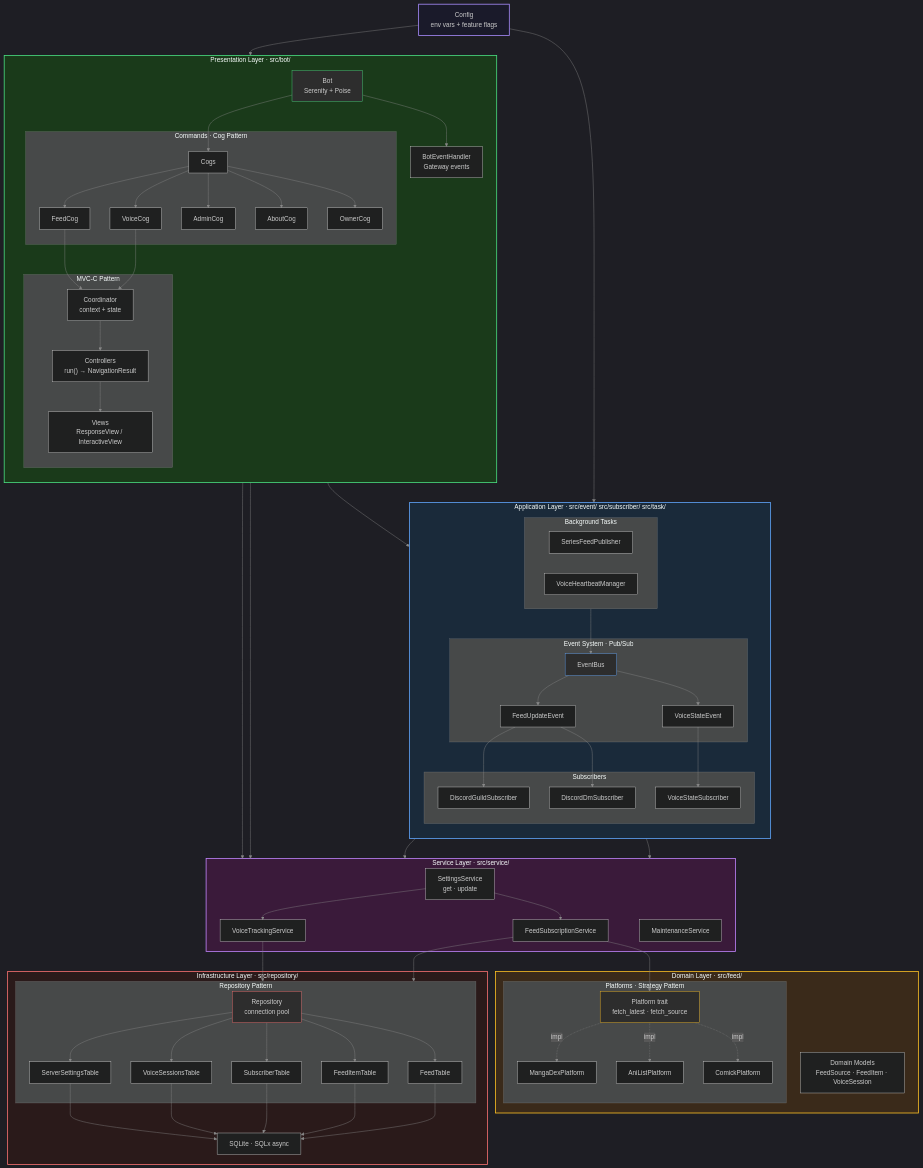
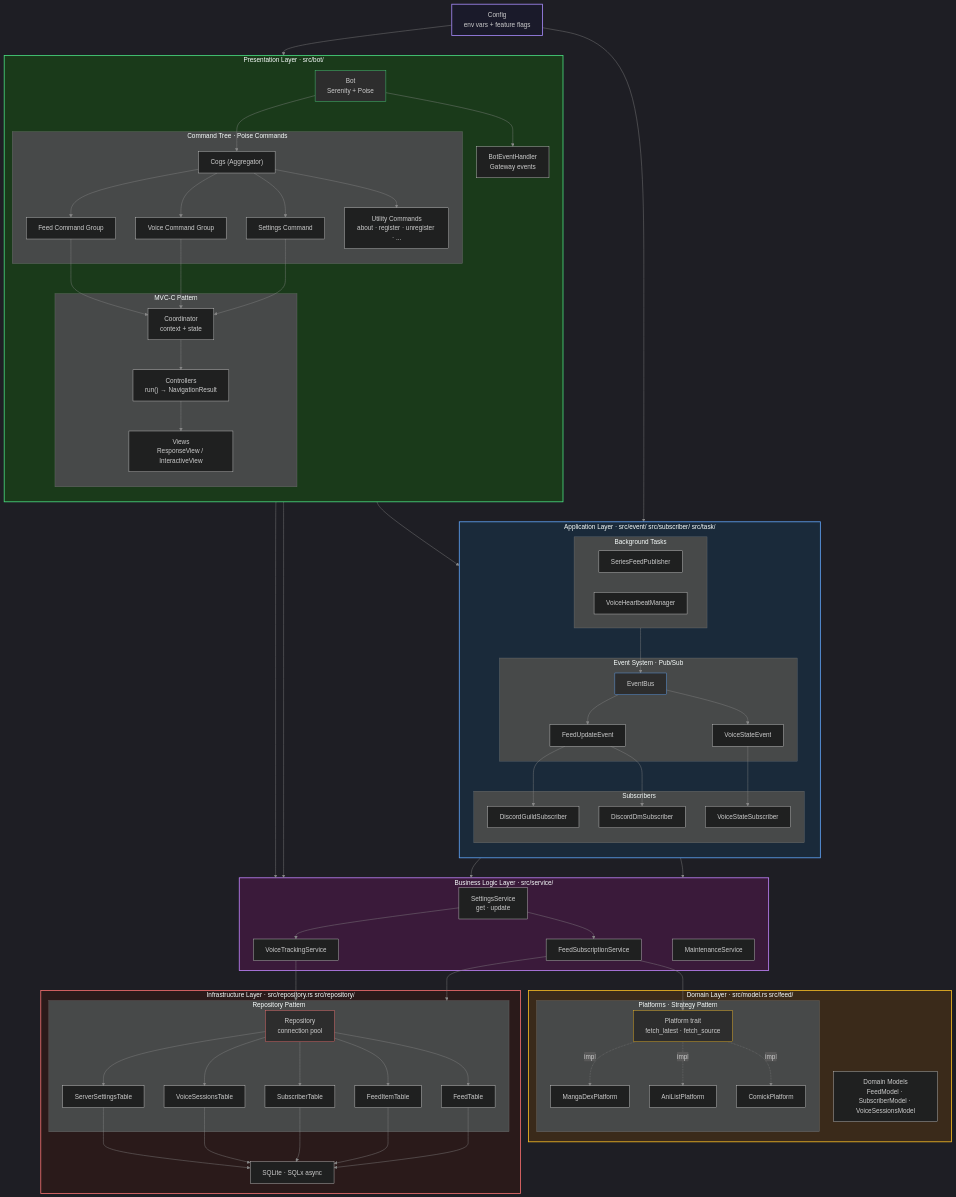
Before and after one commit to FAZuH/pwr-bot: the diagram in docs/diagrams/architecture-layers.mmd, drawn with Mermaid. The commit also changed 8 other files, not shown here.

```diff
--- a/docs/diagrams/architecture-layers.mmd
+++ b/docs/diagrams/architecture-layers.mmd
@@ -1,119 +1,118 @@
 %%{init: {
   'theme': 'dark',
   'themeVariables': {
     'primaryColor': '#1e1e1e',
     'primaryTextColor': '#ffffff',
     'primaryBorderColor': '#ffffff',
     'lineColor': '#888888',
     'secondaryColor': '#2d2d2d',
     'tertiaryColor': '#1e1e1e'
   }
 }}%%
 graph TB
     subgraph Presentation["Presentation Layer  ·  src/bot/"]
         direction TB
         Bot["Bot<br/>Serenity + Poise"]
         EventHandler["BotEventHandler<br/>Gateway events"]
 
-        subgraph Commands["Commands  ·  Cog Pattern"]
-            Cogs["Cogs"]
-            FeedCog["FeedCog"]
-            VoiceCog["VoiceCog"]
-            AdminCog["AdminCog"]
-            AboutCog["AboutCog"]
-            OwnerCog["OwnerCog"]
-            Cogs --> FeedCog & VoiceCog & AdminCog & AboutCog & OwnerCog
+        subgraph Commands["Command Tree  ·  Poise Commands"]
+            Cogs["Cogs (Aggregator)"]
+            FeedCmd["Feed Command Group"]
+            VoiceCmd["Voice Command Group"]
+            SettingsCmd["Settings Command"]
+            UtilityCmds["Utility Commands<br/>about · register · unregister · ..."]
+            Cogs --> FeedCmd & VoiceCmd & SettingsCmd & UtilityCmds
         end
 
         subgraph MVC["MVC-C Pattern"]
             Coordinator["Coordinator<br/>context + state"]
             Controllers["Controllers<br/>run() → NavigationResult"]
             Views["Views<br/>ResponseView / InteractiveView"]
             Coordinator --> Controllers --> Views
         end
 
         Bot --> EventHandler & Cogs
-        FeedCog & VoiceCog --> Coordinator
+        FeedCmd & VoiceCmd & SettingsCmd --> Coordinator
     end
 
     subgraph Application["Application Layer  ·  src/event/  src/subscriber/  src/task/"]
         direction TB
 
         subgraph EventSystem["Event System  ·  Pub/Sub"]
             EventBus["EventBus"]
             FeedEvent["FeedUpdateEvent"]
             VoiceEvent["VoiceStateEvent"]
             EventBus --> FeedEvent & VoiceEvent
         end
 
         subgraph Subscribers["Subscribers"]
             GuildSub["DiscordGuildSubscriber"]
             DmSub["DiscordDmSubscriber"]
             VoiceSub["VoiceStateSubscriber"]
         end
 
         subgraph Tasks["Background Tasks"]
             FeedPublisher["SeriesFeedPublisher"]
             VoiceHeartbeat["VoiceHeartbeatManager"]
         end
 
         FeedEvent --> GuildSub & DmSub
         VoiceEvent --> VoiceSub
         Tasks --> EventBus
     end
 
-    subgraph Service["Service Layer  ·  src/service/"]
+    subgraph BusinessLogic["Business Logic Layer  ·  src/service/"]
         SettingsService["SettingsService<br/>get · update"]
         FeedService["FeedSubscriptionService"]
         VoiceService["VoiceTrackingService"]
         MaintenanceService["MaintenanceService"]
         SettingsService --> FeedService & VoiceService
     end
 
-    subgraph Domain["Domain Layer  ·  src/feed/"]
+    subgraph Domain["Domain Layer  ·  src/model.rs  src/feed/"]
         subgraph Platforms["Platforms  ·  Strategy Pattern"]
             PlatformTrait["Platform trait<br/>fetch_latest · fetch_source"]
             MangaDex["MangaDexPlatform"]
             AniList["AniListPlatform"]
             Comick["ComickPlatform"]
             PlatformTrait -.->|impl| MangaDex & AniList & Comick
         end
-        Models["Domain Models<br/>FeedSource · FeedItem · VoiceSession"]
+        Models["Domain Models<br/>FeedModel · SubscriberModel · VoiceSessionsModel"]
     end
 
-    subgraph Infrastructure["Infrastructure Layer  ·  src/repository/"]
+    subgraph Infrastructure["Infrastructure Layer  ·  src/repository.rs  src/repository/"]
         subgraph Repository["Repository Pattern"]
             Repo["Repository<br/>connection pool"]
             FeedTable["FeedTable"]
             FeedItemTable["FeedItemTable"]
             SubscriberTable["SubscriberTable"]
             VoiceTable["VoiceSessionsTable"]
             SettingsTable["ServerSettingsTable"]
             Repo --> FeedTable & FeedItemTable & SubscriberTable & VoiceTable & SettingsTable
         end
         SQLite["SQLite  ·  SQLx async"]
         FeedTable & FeedItemTable & SubscriberTable & VoiceTable & SettingsTable --> SQLite
     end
 
     Config["Config<br/>env vars + feature flags"]
 
     %% Cross-layer
-    Controllers --> Service
-    Subscribers --> Service
-    Tasks --> Service
+    Controllers --> BusinessLogic
+    Subscribers --> BusinessLogic
+    Tasks --> BusinessLogic
     FeedService --> PlatformTrait
     FeedService & VoiceService --> Repository
-    Bot --> Service & EventBus
+    Bot --> BusinessLogic & EventBus
     Config --> Bot & Tasks
 
     style Presentation fill:#1a3a1a,stroke:#4ade80,stroke-width:2px
     style Application fill:#1a2a3a,stroke:#60a5fa,stroke-width:2px
-    style Service fill:#3a1a3a,stroke:#c084fc,stroke-width:2px
+    style BusinessLogic fill:#3a1a3a,stroke:#c084fc,stroke-width:2px
     style Domain fill:#3a2a1a,stroke:#fbbf24,stroke-width:2px
     style Infrastructure fill:#2a1a1a,stroke:#f87171,stroke-width:2px
     style Config fill:#1a1a2a,stroke:#a78bfa,stroke-width:2px
 
     style Bot fill:#2d2d2d,stroke:#4ade80
     style EventBus fill:#2d2d2d,stroke:#60a5fa
     style PlatformTrait fill:#2d2d2d,stroke:#fbbf24
     style Repo fill:#2d2d2d,stroke:#f87171
```
